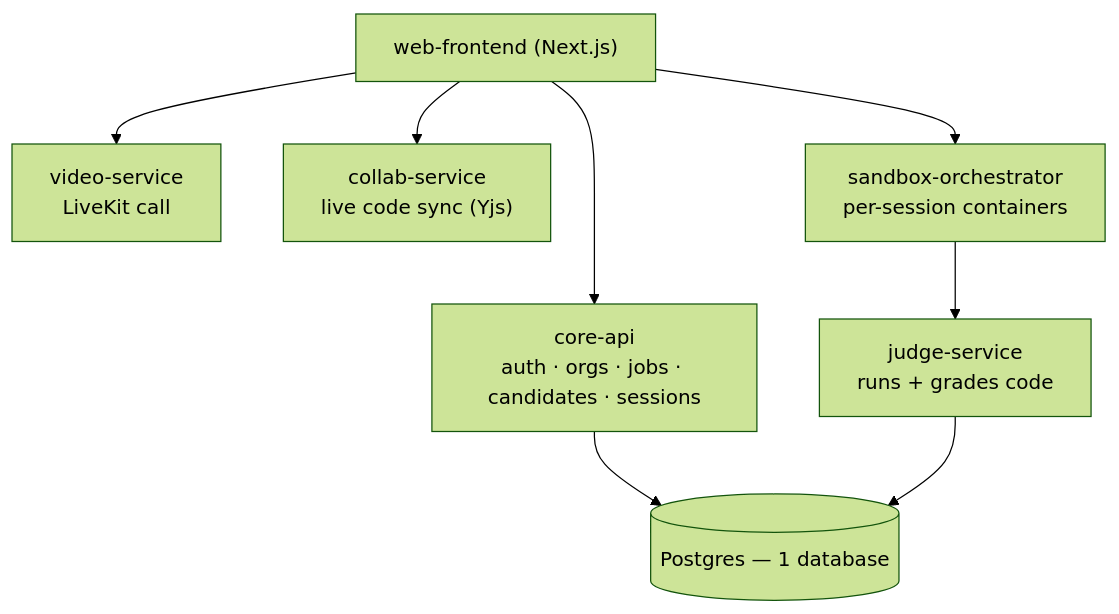
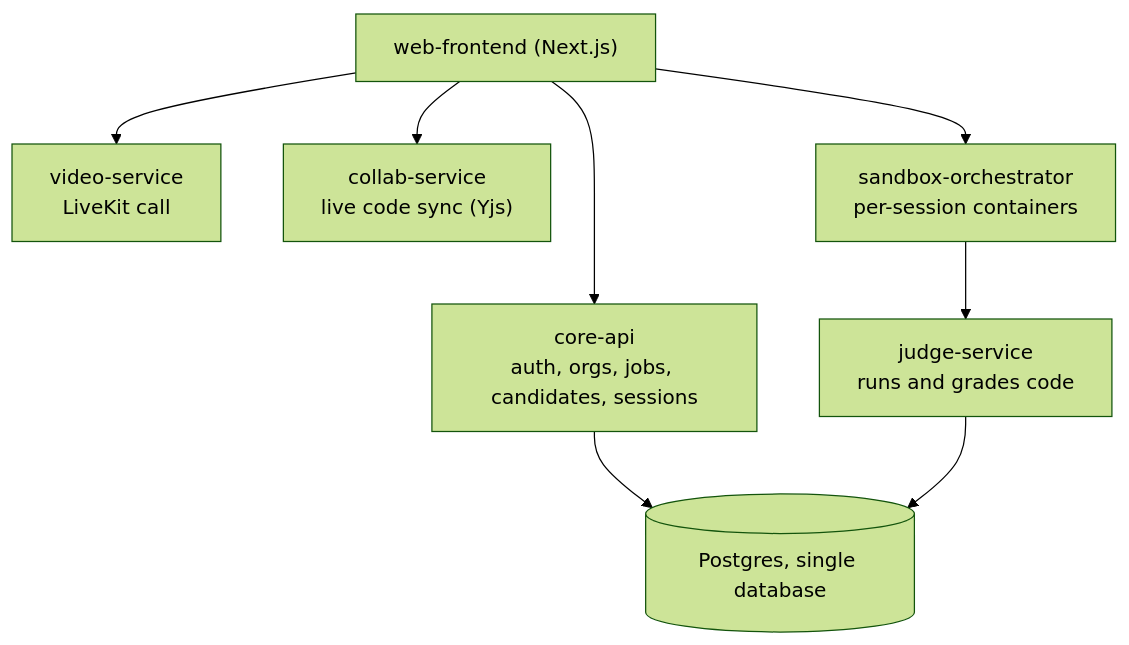
The second of 3 diagrams in README.md (Umer-2612/platform), drawn with Mermaid (forest theme) before and after one commit. The commit also changed other lines of this file, not shown here.

````diff
--- a/README.md
+++ b/README.md
@@ -33,14 +33,14 @@
 ```mermaid
 flowchart TB
     FE["web-frontend (Next.js)"]
 
-    FE --> Core["core-api\nauth · orgs · jobs · candidates · sessions"]
+    FE --> Core["core-api\nauth, orgs, jobs, candidates, sessions"]
     FE --> Video["video-service\nLiveKit call"]
     FE --> Collab["collab-service\nlive code sync (Yjs)"]
     FE --> Sandbox["sandbox-orchestrator\nper-session containers"]
 
-    Sandbox --> Judge["judge-service\nruns + grades code"]
+    Sandbox --> Judge["judge-service\nruns and grades code"]
 
-    Core --> DB[("Postgres — 1 database")]
+    Core --> DB[("Postgres, single database")]
     Judge --> DB
 ```
````
